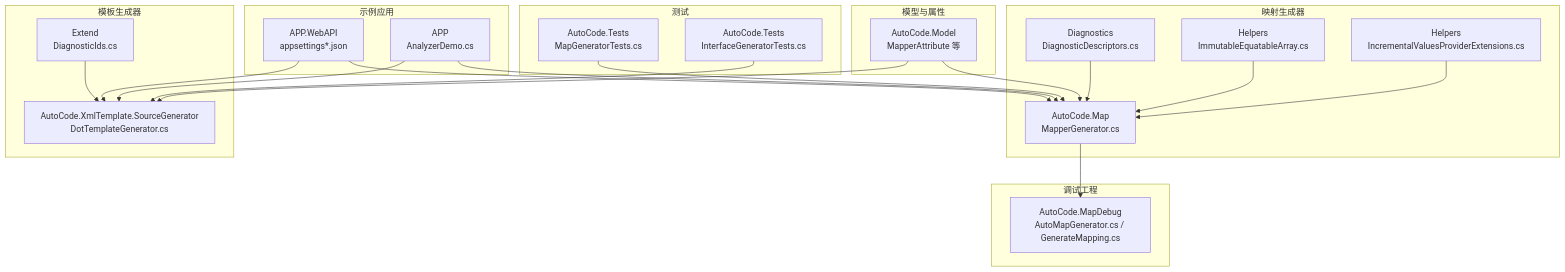
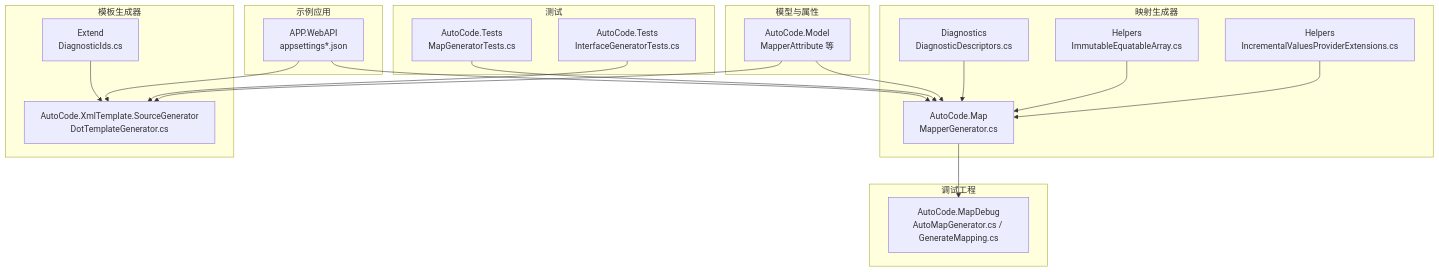
One commit to alivy/AutoCode changed the first of 4 diagrams in .qoder/repowiki/zh/content/调试与诊断/调试与诊断.md. Above: the diagram before and after it, drawn with Mermaid. The commit also changed other lines of this file and 152 other files, not shown here.

````diff
--- a/.qoder/repowiki/zh/content/调试与诊断/调试与诊断.md
+++ b/.qoder/repowiki/zh/content/调试与诊断/调试与诊断.md
@@ -59,40 +50,37 @@
 ```mermaid
 graph TB
 subgraph "模型与属性"
 M["AutoCode.Model<br/>MapperAttribute 等"]
 end
 subgraph "映射生成器"
 MG["AutoCode.Map<br/>MapperGenerator.cs"]
 D["Diagnostics<br/>DiagnosticDescriptors.cs"]
 H1["Helpers<br/>ImmutableEquatableArray.cs"]
 H2["Helpers<br/>IncrementalValuesProviderExtensions.cs"]
 end
 subgraph "模板生成器"
 TG["AutoCode.XmlTemplate.SourceGenerator<br/>DotTemplateGenerator.cs"]
 DI["Extend<br/>DiagnosticIds.cs"]
 end
 subgraph "调试工程"
 DBG["AutoCode.MapDebug<br/>AutoMapGenerator.cs / GenerateMapping.cs"]
 end
 subgraph "测试"
 T1["AutoCode.Tests<br/>MapGeneratorTests.cs"]
 T2["AutoCode.Tests<br/>InterfaceGeneratorTests.cs"]
 end
 subgraph "示例应用"
 APP["APP.WebAPI<br/>appsettings*.json"]
-AD["APP<br/>AnalyzerDemo.cs"]
 end
 M --> MG
 D --> MG
 H1 --> MG
 H2 --> MG
 M --> TG
 DI --> TG
 MG --> DBG
 T1 --> MG
 T2 --> TG
 APP --> MG
 APP --> TG
-AD --> MG
-AD --> TG
 ```
````
